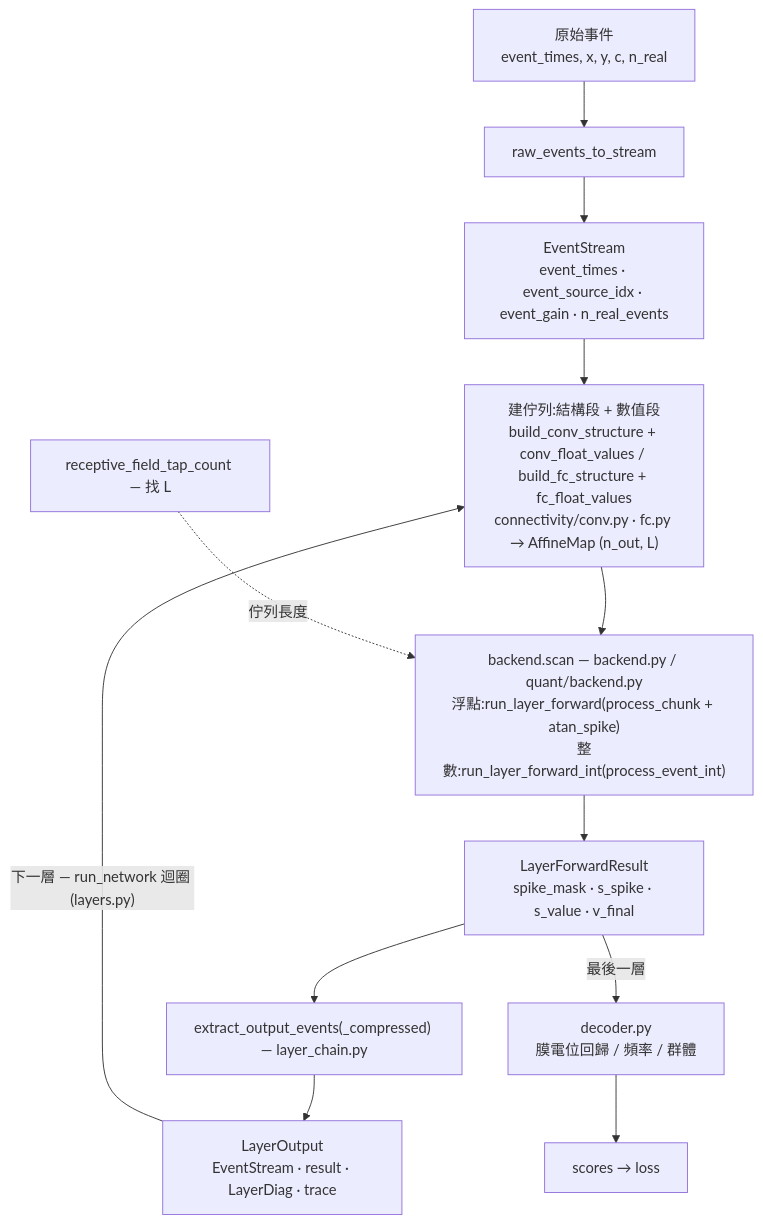
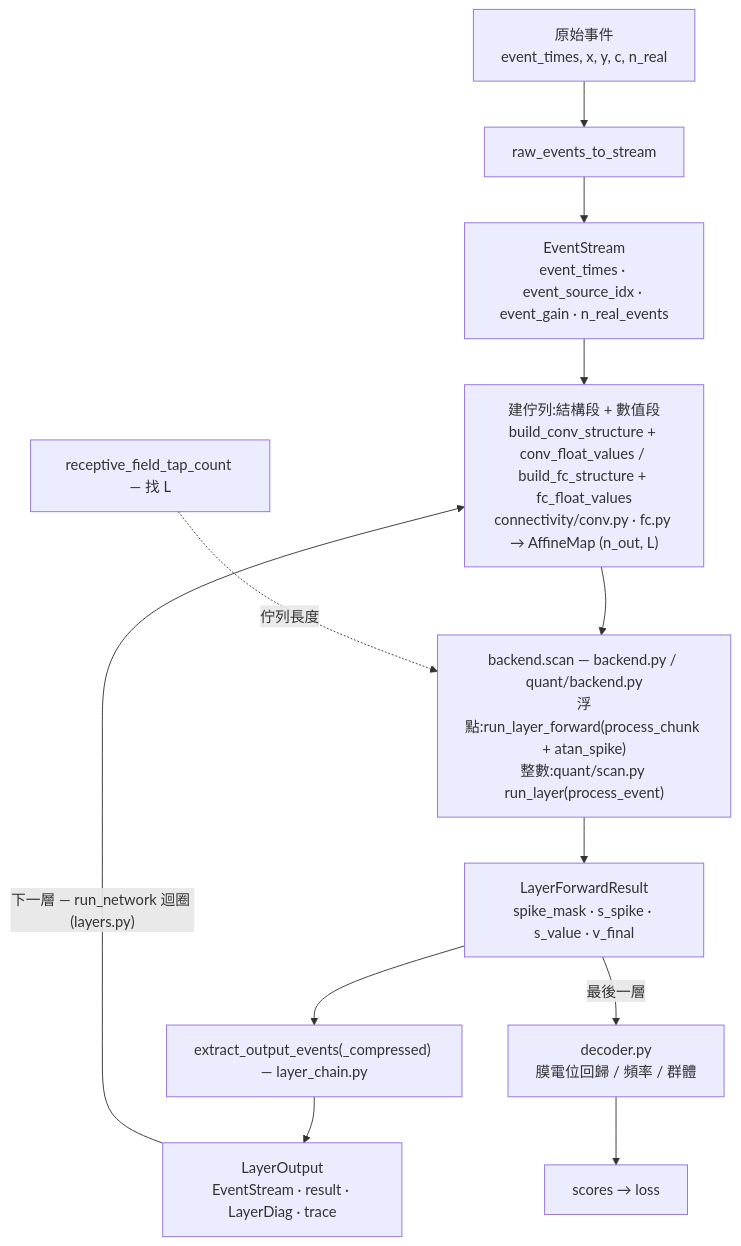
One commit to Salt-Shio/Spiking-Affine-Lazy-Training changed the first of 2 diagrams in docs/架構.md. Above: the diagram before and after it, drawn with Mermaid. The commit also changed other lines of this file and 26 other files, not shown here.

````diff
--- a/docs/架構.md
+++ b/docs/架構.md
@@ -14,14 +14,14 @@
 ```mermaid
 flowchart TD
     RAW["原始事件<br/>event_times, x, y, c, n_real"] --> R2S["raw_events_to_stream"]
     R2S --> ES["EventStream<br/>event_times · event_source_idx · event_gain · n_real_events"]
     ES --> BQ["建佇列:結構段 + 數值段<br/>build_conv_structure + conv_float_values / build_fc_structure + fc_float_values<br/>connectivity/conv.py · fc.py → AffineMap (n_out, L)"]
-    BQ --> RLF["backend.scan — backend.py / quant/backend.py<br/>浮點:run_layer_forward(process_chunk + atan_spike)<br/>整數:run_layer_forward_int(process_event_int)"]
+    BQ --> RLF["backend.scan — backend.py / quant/backend.py<br/>浮點:run_layer_forward(process_chunk + atan_spike)<br/>整數:quant/scan.py run_layer(process_event)"]
     RLF --> LFR["LayerForwardResult<br/>spike_mask · s_spike · s_value · v_final"]
     LFR --> EXO["extract_output_events(_compressed) — layer_chain.py"]
     EXO --> ESN["LayerOutput<br/>EventStream · result · LayerDiag · trace"]
     ESN -->|"下一層 — run_network 迴圈 (layers.py)"| BQ
     LFR -->|"最後一層"| DEC["decoder.py<br/>膜電位回歸 / 頻率 / 群體"]
     DEC --> SC["scores → loss"]
     RFT["receptive_field_tap_count — 找 L"] -. 佇列長度 .-> RLF
 ```
````
